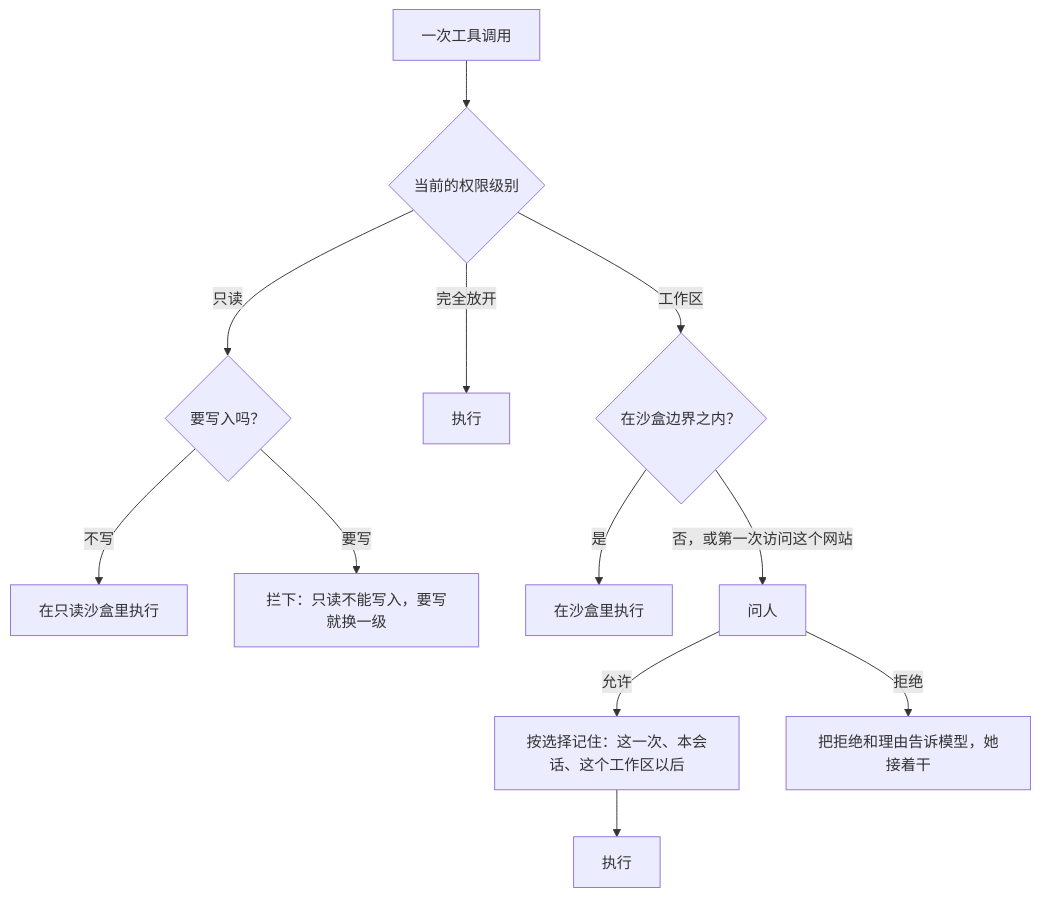
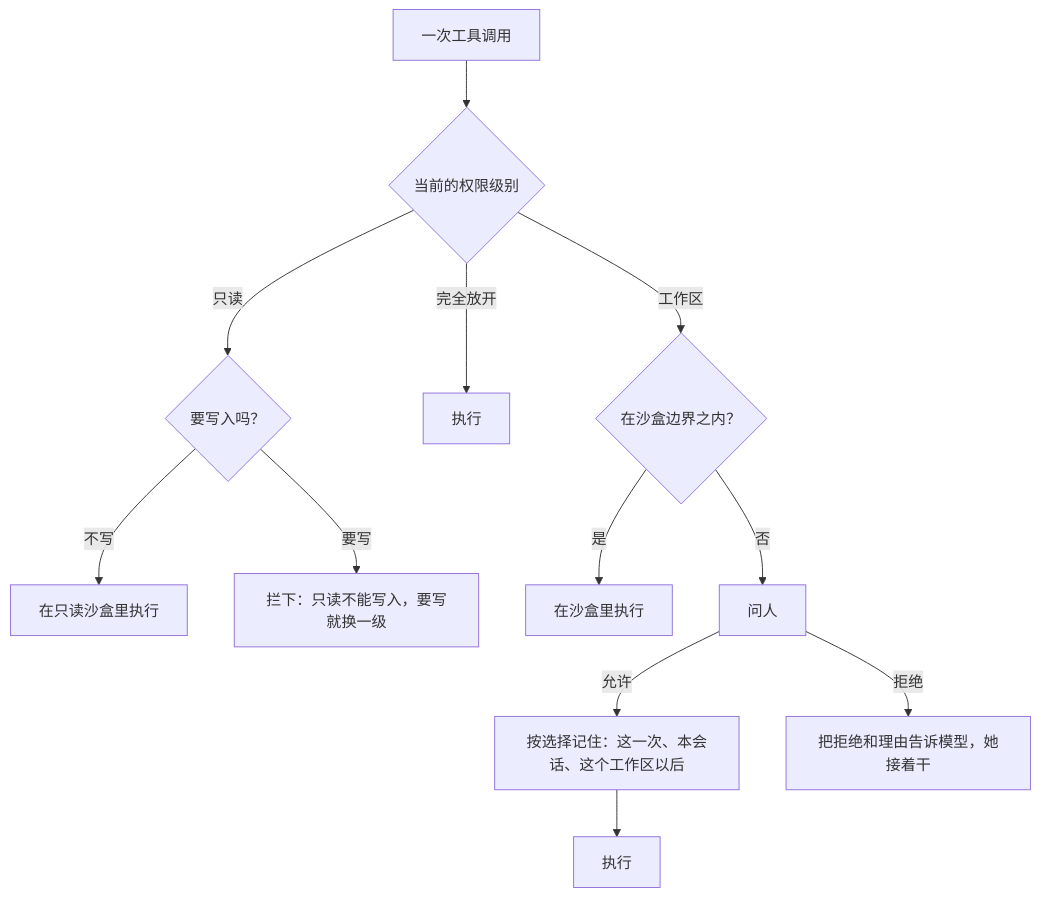
The first of 2 diagrams in docs/designs/11-权限与沙盒.md (SHORiN-KiWATA/miyu-agent-remake), drawn with Mermaid before and after one commit. The commit also changed other lines of this file and 5 other files, not shown here.

````diff
--- a/docs/designs/11-权限与沙盒.md
+++ b/docs/designs/11-权限与沙盒.md
@@ -40,14 +40,14 @@
 ```mermaid
 flowchart TB
     call["一次工具调用"] --> mode{"当前的权限级别"}
     mode -- "只读" --> ro{"要写入吗？"}
     ro -- "不写" --> runro["在只读沙盒里执行"]
     ro -- "要写" --> block["拦下：只读不能写入，要写就换一级"]
     mode -- "完全放开" --> run["执行"]
     mode -- "工作区" --> inside{"在沙盒边界之内？"}
     inside -- "是" --> runbox["在沙盒里执行"]
-    inside -- "否，或第一次访问这个网站" --> ask["问人"]
+    inside -- "否" --> ask["问人"]
     ask -- "允许" --> rule["按选择记住：这一次、本会话、这个工作区以后"]
     rule --> run2["执行"]
     ask -- "拒绝" --> deny["把拒绝和理由告诉模型，她接着干"]
 ```
````
